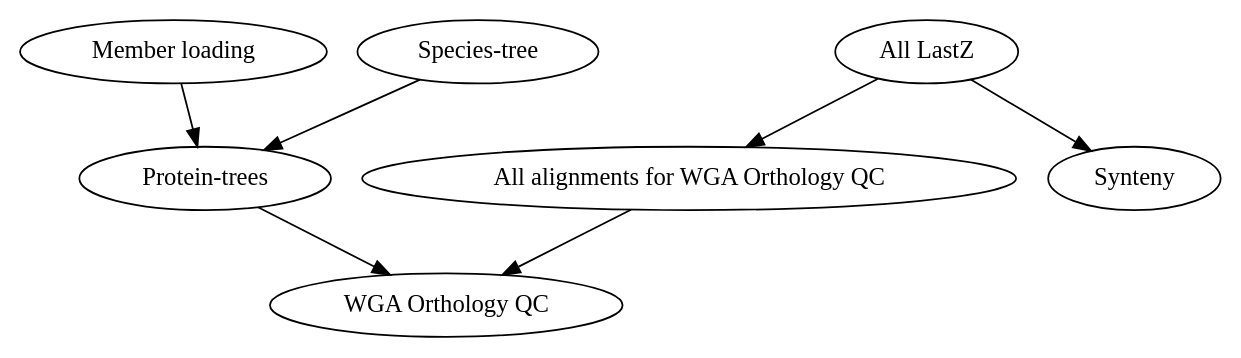
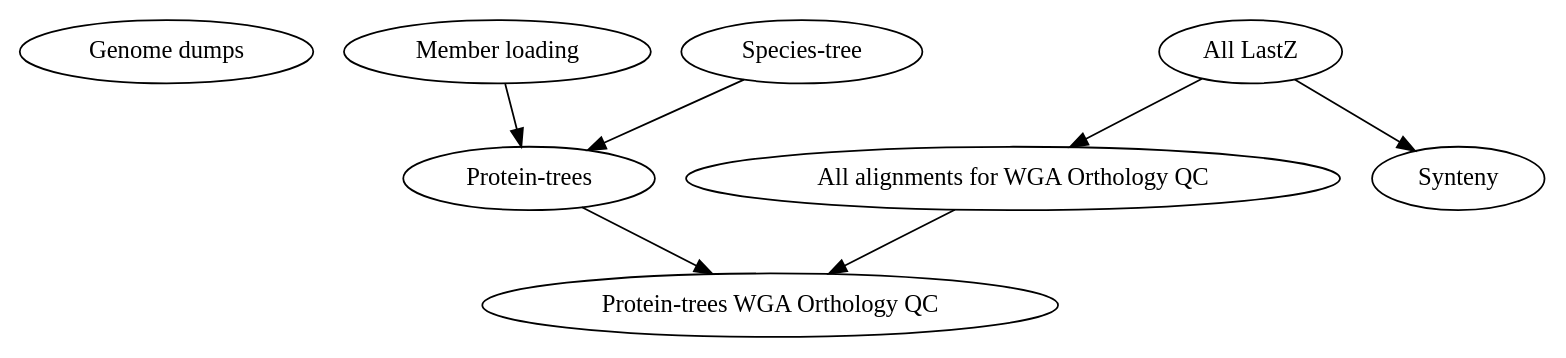
Before and after one commit to Ensembl/ensembl-compara: the diagram in scripts/jira_tickets/compara_plants.dot, drawn with Graphviz. The commit also changed 8 other files, not shown here.

First line of the commit message:
Added a new script to merge all the release graphs into one.

```diff
--- a/scripts/jira_tickets/compara_plants.dot
+++ b/scripts/jira_tickets/compara_plants.dot
@@ -1,8 +1,9 @@
 digraph "EG_release" {
+    "Genome dumps";
     "Member loading" -> "Protein-trees";
     "Species-tree" -> "Protein-trees";
-    "Protein-trees" -> "WGA Orthology QC";
+    "Protein-trees" -> "Protein-trees WGA Orthology QC";
     "All LastZ" -> {"All alignments for WGA Orthology QC", "Synteny"};
-    "All alignments for WGA Orthology QC" -> "WGA Orthology QC";
+    "All alignments for WGA Orthology QC" -> "Protein-trees WGA Orthology QC";
     {rank = same; "All LastZ"; "Member loading"; }
 }
```
